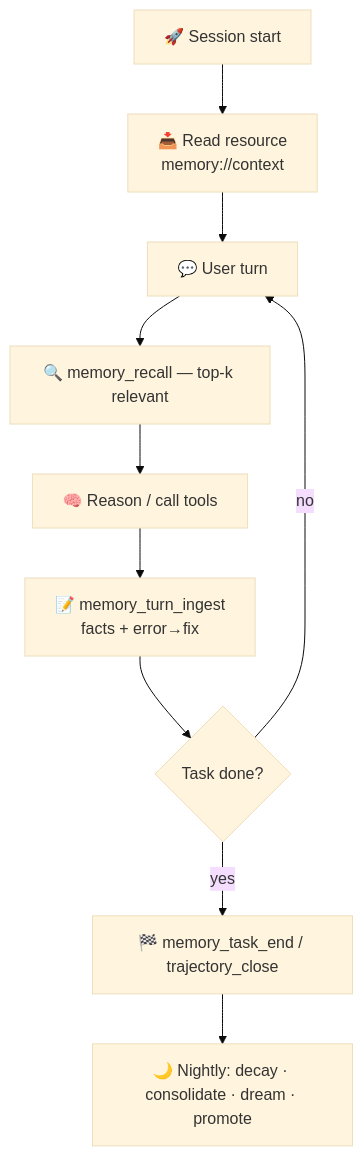
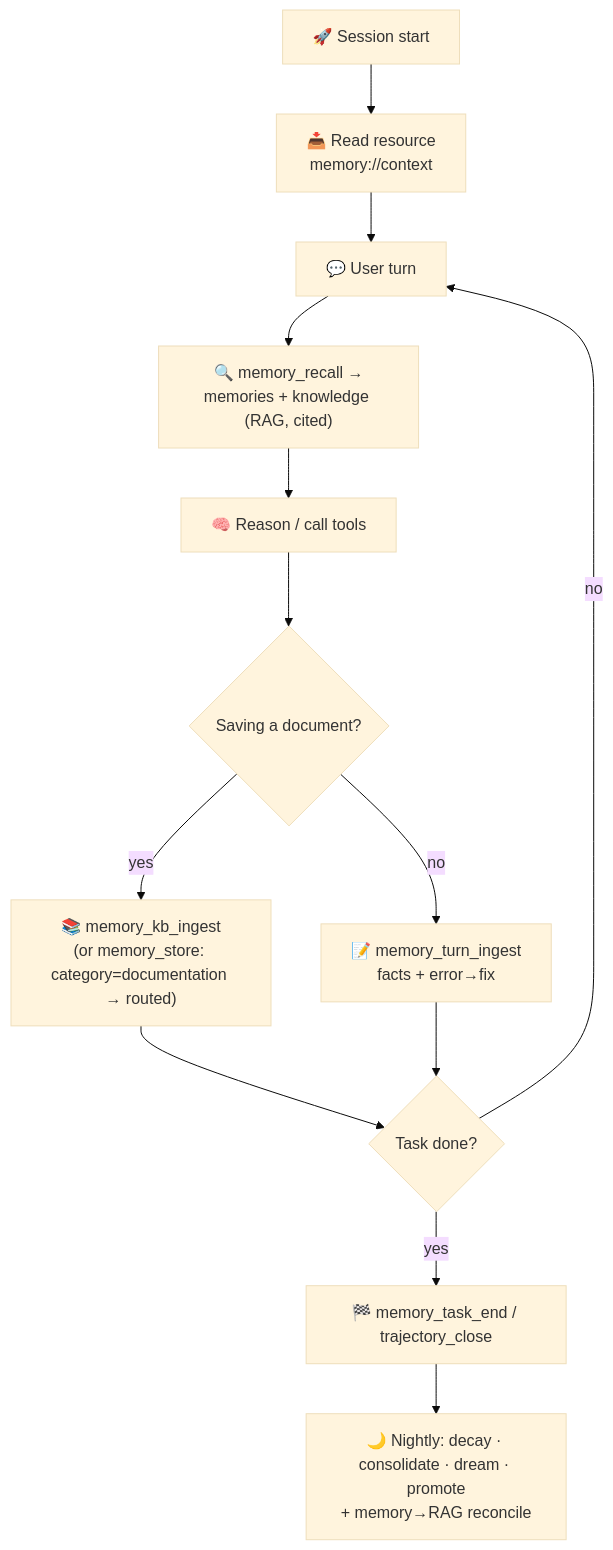
One commit to Akshat-530/any-harness-memory changed the second of 6 diagrams in README.md. Above: the diagram before and after it, drawn with Mermaid (base theme). The commit also changed other lines of this file, not shown here.

Commit message:
docs: add RAG lane to all diagrams (architecture, workflow, write/read paths) + two-lane section

````diff
--- a/README.md
+++ b/README.md
@@ -63,12 +63,15 @@
 ```mermaid
 flowchart TD
   S["🚀 Session start"] --> C["📥 Read resource<br/>memory://context"]
   C --> T["💬 User turn"]
-  T --> R["🔍 memory_recall — top‑k relevant"]
+  T --> R["🔍 memory_recall →<br/>memories + knowledge (RAG, cited)"]
   R --> L["🧠 Reason / call tools"]
-  L --> I["📝 memory_turn_ingest<br/>facts + error→fix"]
-  I --> D{"Task done?"}
+  L --> DD{"Saving a document?"}
+  DD -- "yes" --> KI["📚 memory_kb_ingest<br/>(or memory_store: category=documentation → routed)"]
+  DD -- "no" --> I["📝 memory_turn_ingest<br/>facts + error→fix"]
+  KI --> D{"Task done?"}
+  I --> D
   D -- "no" --> T
   D -- "yes" --> E["🏁 memory_task_end / trajectory_close"]
-  E --> N["🌙 Nightly: decay · consolidate · dream · promote"]
+  E --> N["🌙 Nightly: decay · consolidate · dream · promote<br/>+ memory→RAG reconcile"]
 ```
````
